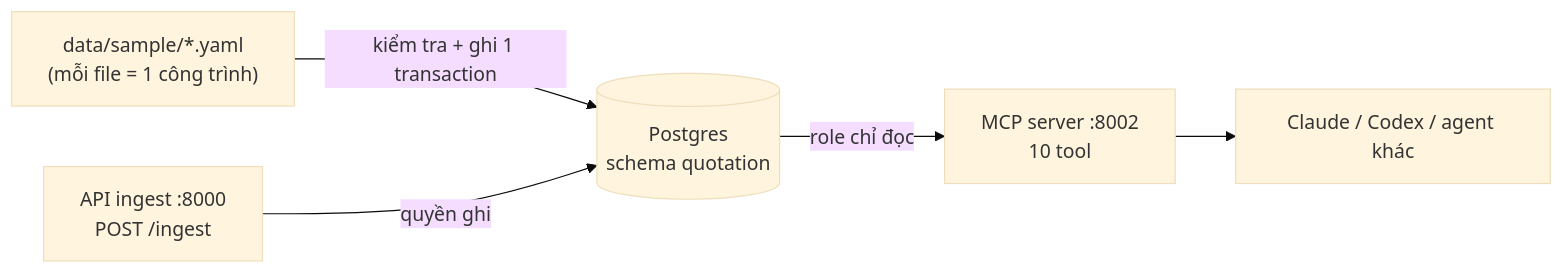
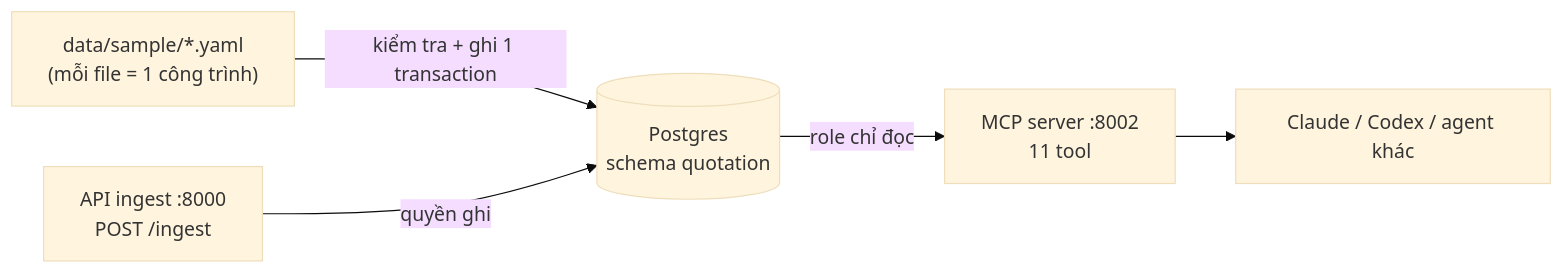
The diagram in README.md (sigpima/knowledge_base), drawn with Mermaid (base theme) before and after one commit. The commit also changed other lines of this file and 8 other files, not shown here.

Commit message:
feat(mcp): search_policies tool backed by Milvus retrieval

````diff
--- a/README.md
+++ b/README.md
@@ -41,7 +42,7 @@
 ```mermaid
 flowchart LR
     Y["data/sample/*.yaml<br/>(mỗi file = 1 công trình)"] -->|"kiểm tra + ghi 1 transaction"| P[("Postgres<br/>schema quotation")]
-    P -->|"role chỉ đọc"| M["MCP server :8002<br/>10 tool"]
+    P -->|"role chỉ đọc"| M["MCP server :8002<br/>11 tool"]
     M --> A["Claude / Codex / agent khác"]
     I["API ingest :8000<br/>POST /ingest"] -->|"quyền ghi"| P
 ```
````
